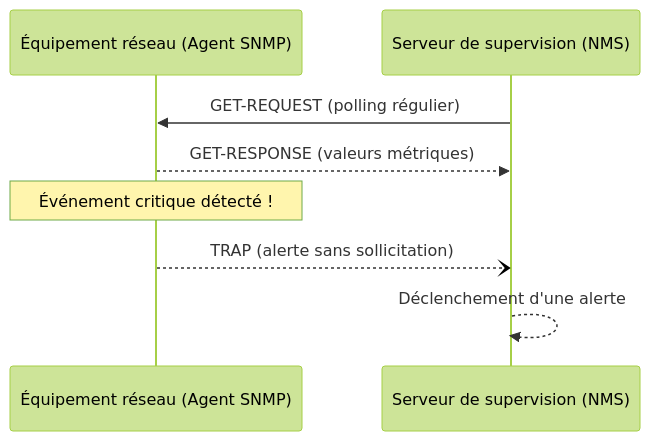
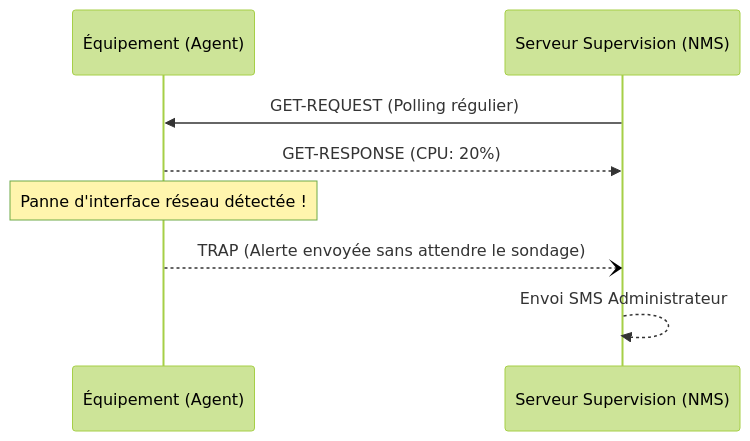
Before and after one commit to MontSekai/Documentations: the diagram in docs/Systeme/Services/supervision.md, drawn with Mermaid (forest theme). The commit also changed other lines of this file and 50 other files, not shown here.

````diff
--- a/docs/Systeme/Services/supervision.md
+++ b/docs/Systeme/Services/supervision.md
@@ -46,12 +42,12 @@
 ```mermaid
 sequenceDiagram
-    participant E as Équipement réseau (Agent SNMP)
-    participant M as Serveur de supervision (NMS)
+    participant E as Équipement (Agent)
+    participant M as Serveur Supervision (NMS)
     
-    M->>E: GET-REQUEST (polling régulier)
-    E-->>M: GET-RESPONSE (valeurs métriques)
+    M->>E: GET-REQUEST (Polling régulier)
+    E-->>M: GET-RESPONSE (CPU: 20%)
     
-    note over E: Événement critique détecté !
-    E--)M: TRAP (alerte sans sollicitation)
-    M-->>M: Déclenchement d'une alerte
+    note over E: Panne d'interface réseau détectée !
+    E--)M: TRAP (Alerte envoyée sans attendre le sondage)
+    M-->>M: Envoi SMS Administrateur
 ```
````
